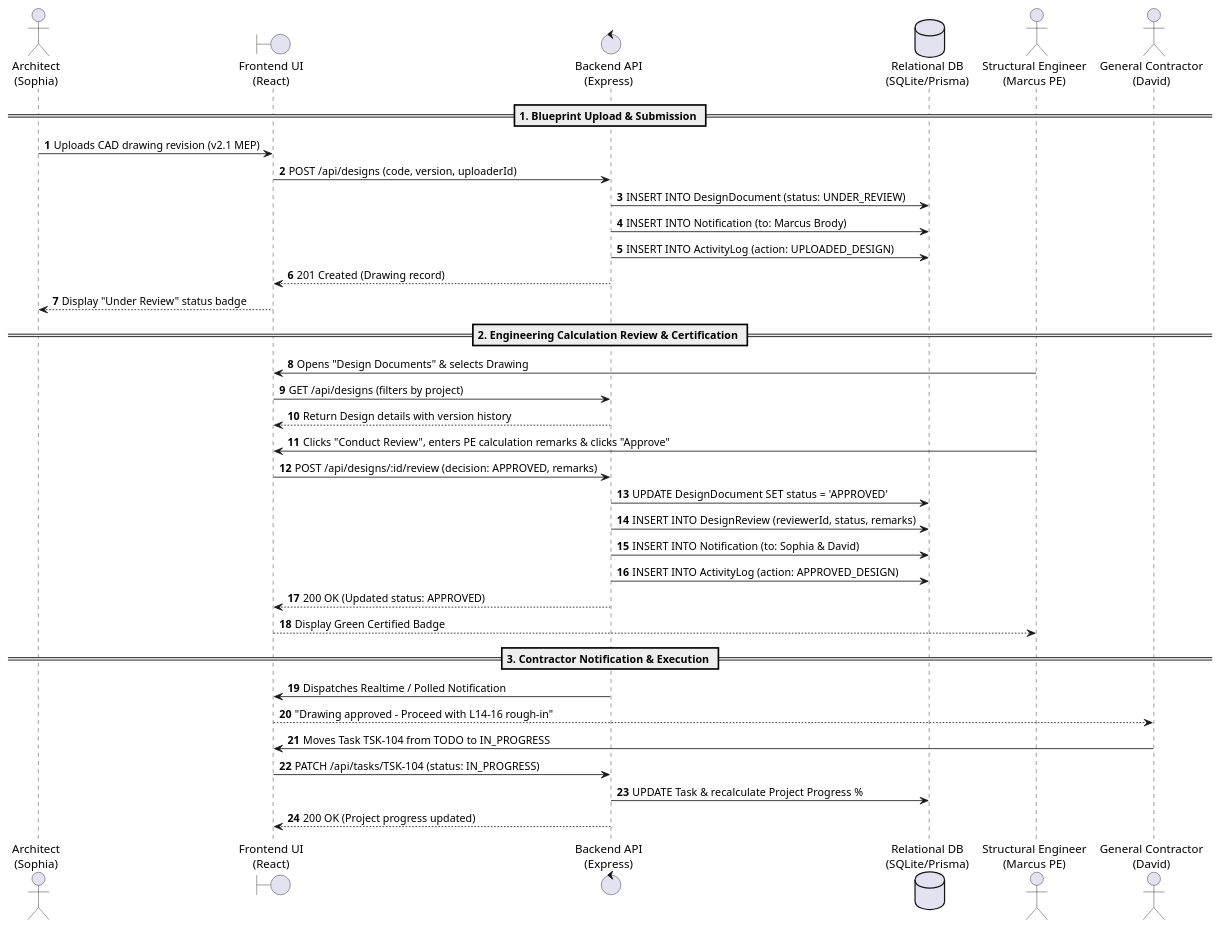
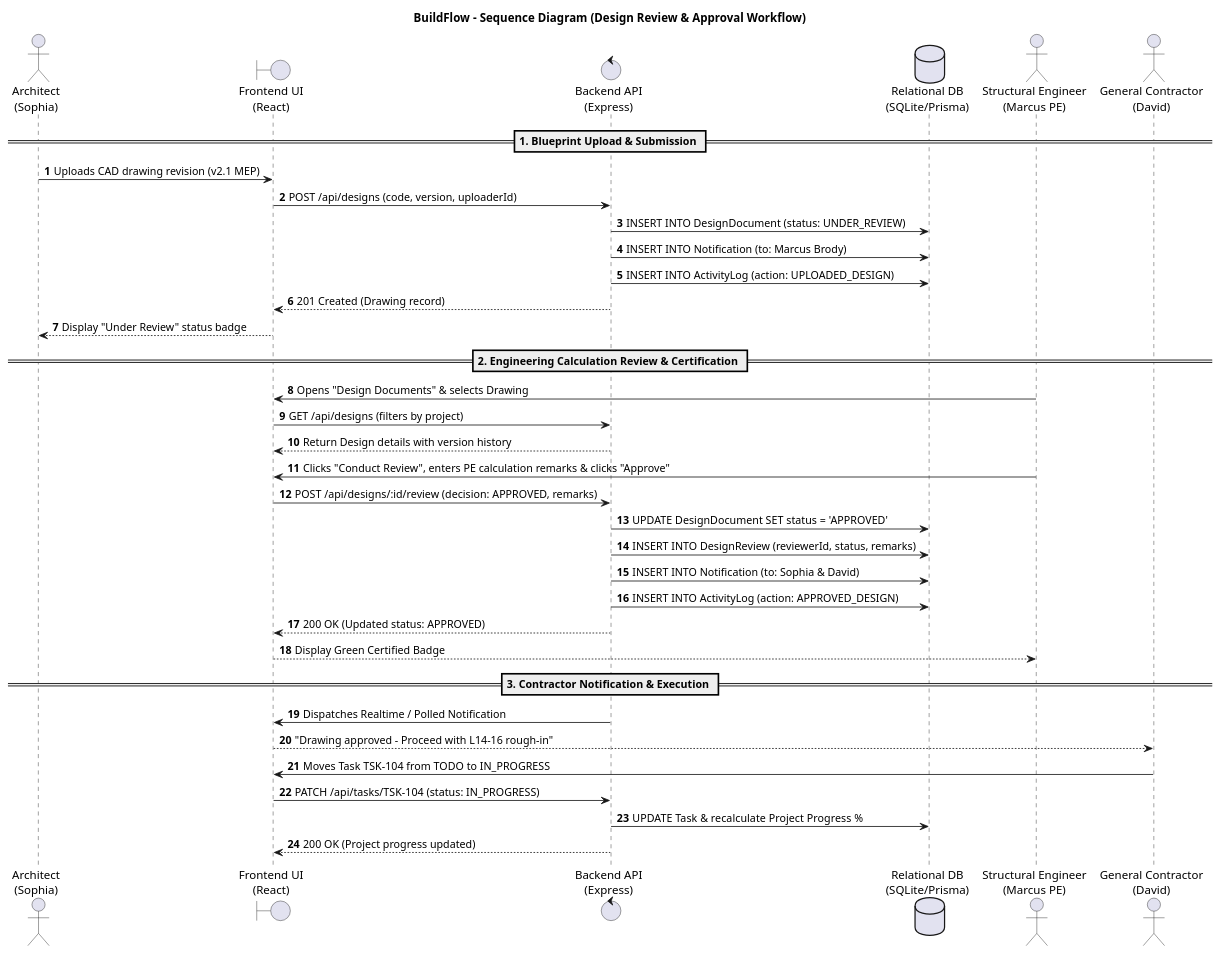
The diagram in docs/uml/sequence_diagram.puml (Shaunakrane914/BuildFlow), drawn with PlantUML before and after one commit. The commit also changed 8 other files, not shown here.

Commit message:
style(uml): add explicit title headings to all 9 PlantUML diagram files

```diff
--- a/docs/uml/sequence_diagram.puml
+++ b/docs/uml/sequence_diagram.puml
@@ -1,39 +1,40 @@
 @startuml BuildFlow_Sequence_Diagram
+title BuildFlow - Sequence Diagram (Design Review & Approval Workflow)
 autonumber
 actor "Architect\n(Sophia)" as Arch
 boundary "Frontend UI\n(React)" as UI
 control "Backend API\n(Express)" as API
 database "Relational DB\n(SQLite/Prisma)" as DB
 actor "Structural Engineer\n(Marcus PE)" as Eng
 actor "General Contractor\n(David)" as Cont
 
 == 1. Blueprint Upload & Submission ==
 Arch -> UI: Uploads CAD drawing revision (v2.1 MEP)
 UI -> API: POST /api/designs (code, version, uploaderId)
 API -> DB: INSERT INTO DesignDocument (status: UNDER_REVIEW)
 API -> DB: INSERT INTO Notification (to: Marcus Brody)
 API -> DB: INSERT INTO ActivityLog (action: UPLOADED_DESIGN)
 API --> UI: 201 Created (Drawing record)
 UI --> Arch: Display "Under Review" status badge
 
 == 2. Engineering Calculation Review & Certification ==
 Eng -> UI: Opens "Design Documents" & selects Drawing
 UI -> API: GET /api/designs (filters by project)
 API --> UI: Return Design details with version history
 Eng -> UI: Clicks "Conduct Review", enters PE calculation remarks & clicks "Approve"
 UI -> API: POST /api/designs/:id/review (decision: APPROVED, remarks)
 API -> DB: UPDATE DesignDocument SET status = 'APPROVED'
 API -> DB: INSERT INTO DesignReview (reviewerId, status, remarks)
 API -> DB: INSERT INTO Notification (to: Sophia & David)
 API -> DB: INSERT INTO ActivityLog (action: APPROVED_DESIGN)
 API --> UI: 200 OK (Updated status: APPROVED)
 UI --> Eng: Display Green Certified Badge
 
 == 3. Contractor Notification & Execution ==
 API -> UI: Dispatches Realtime / Polled Notification
 UI --> Cont: "Drawing approved - Proceed with L14-16 rough-in"
 Cont -> UI: Moves Task TSK-104 from TODO to IN_PROGRESS
 UI -> API: PATCH /api/tasks/TSK-104 (status: IN_PROGRESS)
 API -> DB: UPDATE Task & recalculate Project Progress %
 API --> UI: 200 OK (Project progress updated)
 @enduml
```
